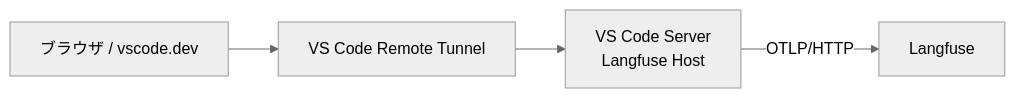
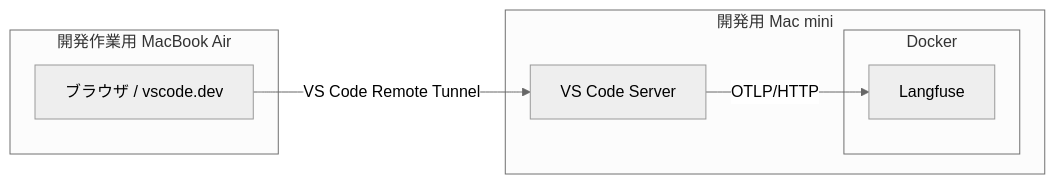
Before and after one commit to itTkm/langfuse-on-lan: the second of 2 diagrams in docs/vscode-remote-tunnel.md, drawn with Mermaid (neutral theme). The commit also changed other lines of this file and 1 other file, not shown here.

Commit message:
docs: update VS Code Remote Tunnel configuration with security tips and improved diagrams

````diff
--- a/docs/vscode-remote-tunnel.md
+++ b/docs/vscode-remote-tunnel.md
@@ -5,6 +27,14 @@
 ```mermaid
 flowchart LR
-    A[ブラウザ / vscode.dev] --> B[VS Code Remote Tunnel]
-    B --> C[VS Code Server<br/>Langfuse Host]
-    C -->|OTLP/HTTP| D[Langfuse]
+  subgraph MBA[開発作業用 MacBook Air]
+    A[ブラウザ / vscode.dev]
+  end
+  subgraph MINI[開発用 Mac mini]
+    C[VS Code Server]
+    subgraph DOCKER[Docker]
+      D[Langfuse]
+    end
+    C -->|OTLP/HTTP| D
+  end
+  A -->|VS Code Remote Tunnel| C
 ```
````
